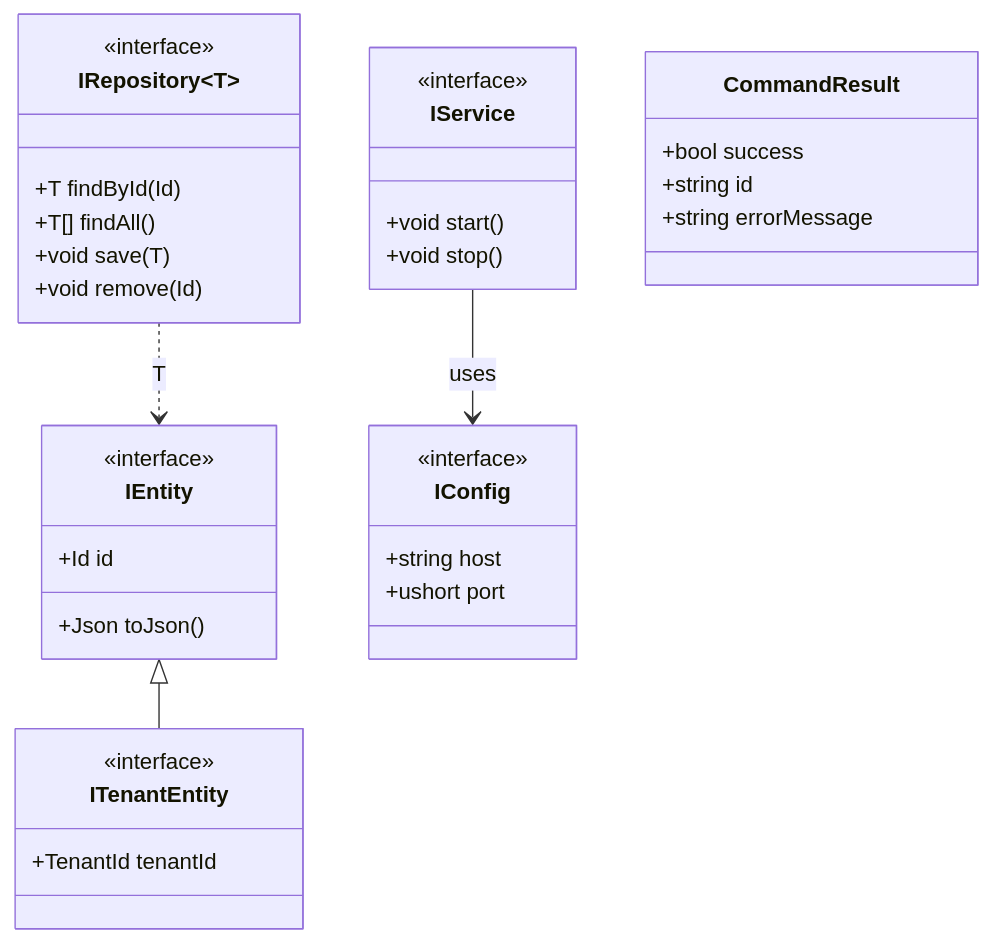
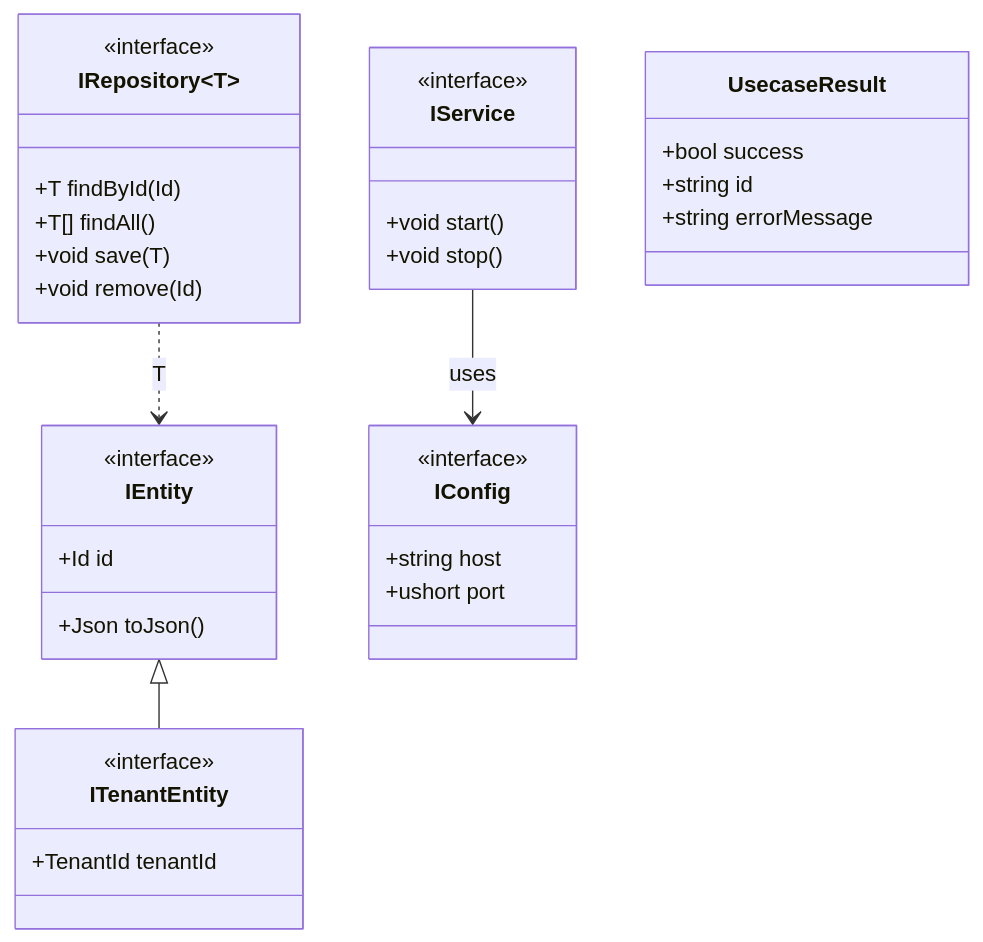
Before and after one commit to UIMSolutions/uim-platform: the first of 3 diagrams in service/UML.md, drawn with Mermaid. The commit also changed other lines of this file and 907 other files, not shown here.

Commit message:
Rename CommandResult

````diff
--- a/service/UML.md
+++ b/service/UML.md
@@ -14,38 +14,38 @@
 ```mermaid
 classDiagram
     class IEntity {
         <<interface>>
         +Id id
         +Json toJson()
     }
     class IRepository~T~ {
         <<interface>>
         +T findById(Id)
         +T[] findAll()
         +void save(T)
         +void remove(Id)
     }
     class IService {
         <<interface>>
         +void start()
         +void stop()
     }
     class IConfig {
         <<interface>>
         +string host
         +ushort port
     }
     class ITenantEntity {
         <<interface>>
         +TenantId tenantId
     }
-    class CommandResult {
+    class UsecaseResult {
         +bool success
         +string id
         +string errorMessage
     }
 
     IEntity <|-- ITenantEntity
     IRepository~T~ ..> IEntity : T
     IService --> IConfig : uses
 ```
````
